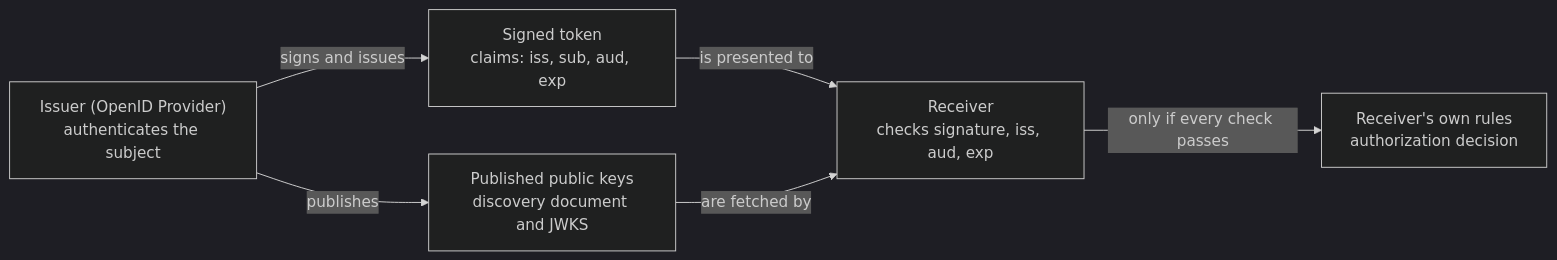
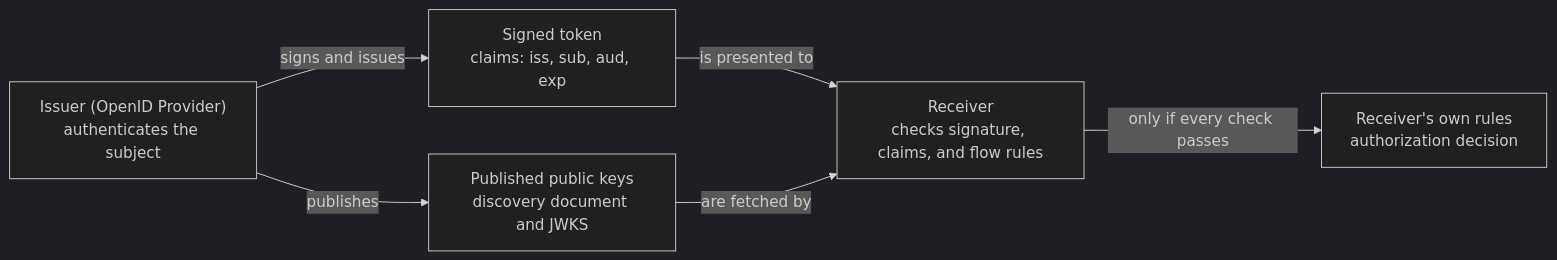
Before and after one commit to David-A18/MY-humble-knowledge-for-everyone: the diagram in knowledge/security/identity-federation/oidc-fundamentals.md, drawn with Mermaid (dark theme). The commit also changed other lines of this file and 3 other files, not shown here.

````diff
--- a/knowledge/security/identity-federation/oidc-fundamentals.md
+++ b/knowledge/security/identity-federation/oidc-fundamentals.md
@@ -123,13 +129,13 @@
 ```mermaid
 flowchart LR
   issuer["Issuer (OpenID Provider)<br/>authenticates the subject"]
   keys["Published public keys<br/>discovery document and JWKS"]
   token["Signed token<br/>claims: iss, sub, aud, exp"]
-  receiver["Receiver<br/>checks signature, iss, aud, exp"]
+  receiver["Receiver<br/>checks signature, claims, and flow rules"]
   policy["Receiver's own rules<br/>authorization decision"]
   issuer -- "signs and issues" --> token
   issuer -- "publishes" --> keys
   token -- "is presented to" --> receiver
   keys -- "are fetched by" --> receiver
   receiver -- "only if every check passes" --> policy
 ```
````
